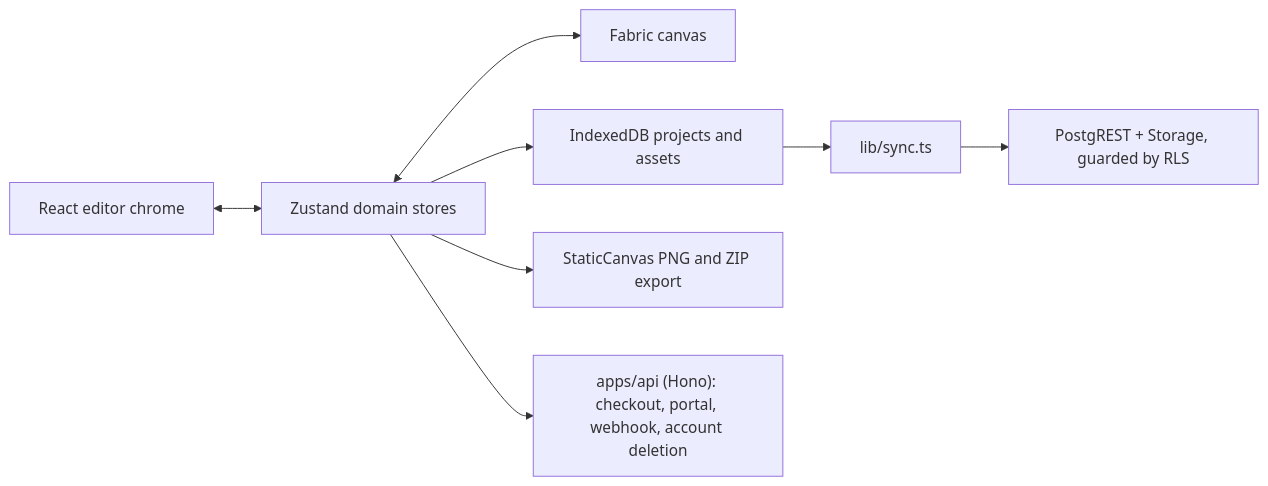
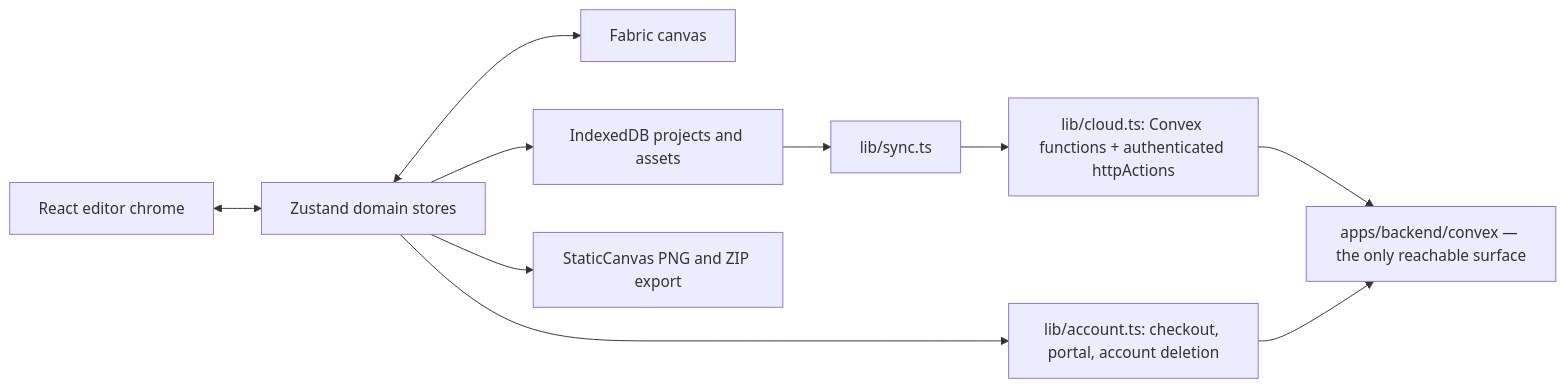
One commit to neogenz/screenforge changed the diagram in aidd_docs/memory/architecture.md. Above: the diagram before and after it, drawn with Mermaid. The commit also changed other lines of this file and 56 other files, not shown here.

````diff
--- a/aidd_docs/memory/architecture.md
+++ b/aidd_docs/memory/architecture.md
@@ -12,10 +12,12 @@
 ```mermaid
 flowchart LR
     UI["React editor chrome"] <--> Stores["Zustand domain stores"]
     Stores <--> Canvas["Fabric canvas"]
     Stores --> Storage["IndexedDB projects and assets"]
     Stores --> Export["StaticCanvas PNG and ZIP export"]
     Storage --> Sync["lib/sync.ts"]
-    Sync --> Supabase["PostgREST + Storage, guarded by RLS"]
-    Stores --> Api["apps/api (Hono): checkout, portal, webhook, account deletion"]
+    Sync --> Cloud["lib/cloud.ts: Convex functions + authenticated httpActions"]
+    Stores --> Account["lib/account.ts: checkout, portal, account deletion"]
+    Cloud --> Convex["apps/backend/convex — the only reachable surface"]
+    Account --> Convex
 ```
````
